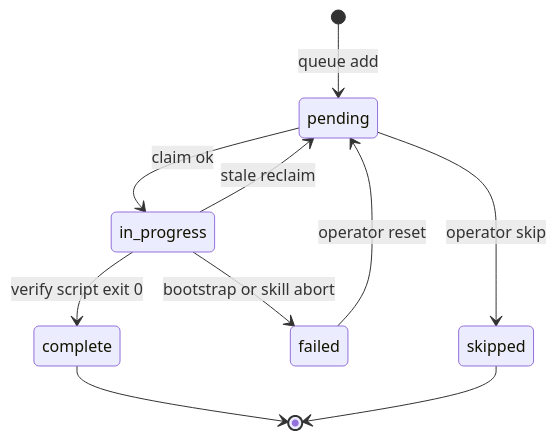
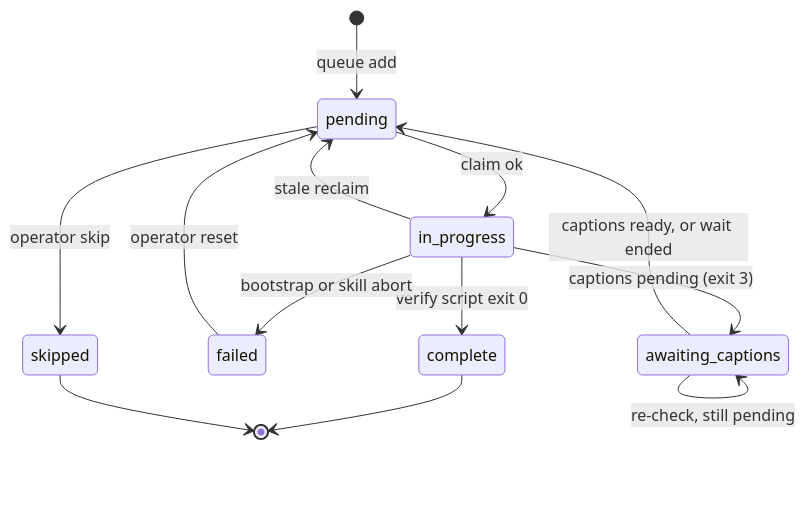
The diagram in plugins/knowledge/skills/video-digest/context/watch-queue.md (melodic-software/claude-code-plugins), drawn with Mermaid before and after one commit. The commit also changed other lines of this file and 20 other files, not shown here.

````diff
--- a/plugins/knowledge/skills/video-digest/context/watch-queue.md
+++ b/plugins/knowledge/skills/video-digest/context/watch-queue.md
@@ -113,12 +162,15 @@
 ```mermaid
 stateDiagram-v2
   [*] --> pending: queue add
   pending --> in_progress: claim ok
   in_progress --> complete: verify script exit 0
   in_progress --> failed: bootstrap or skill abort
   in_progress --> pending: stale reclaim
+  in_progress --> awaiting_captions: captions pending (exit 3)
+  awaiting_captions --> awaiting_captions: re-check, still pending
+  awaiting_captions --> pending: captions ready, or wait ended
   failed --> pending: operator reset
   pending --> skipped: operator skip
   complete --> [*]
   skipped --> [*]
 ```
````
